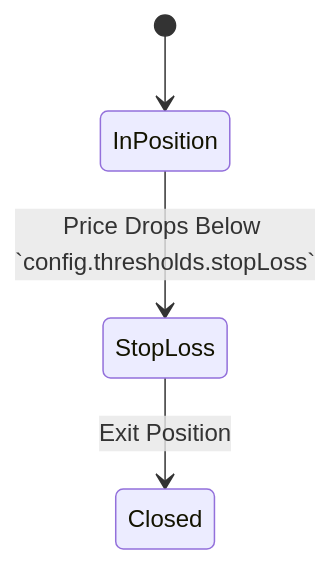
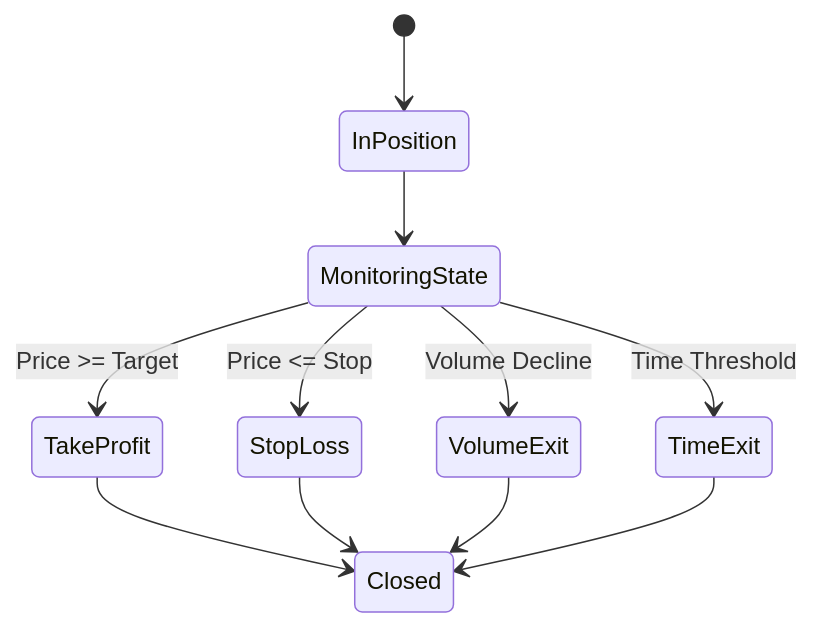
Before and after one commit to proofoftom/money-printer: the fourth of 9 diagrams in docs/diagrams/TradingScenarios.md, drawn with Mermaid. The commit also changed other lines of this file and 10 other files, not shown here.

````diff
--- a/docs/diagrams/TradingScenarios.md
+++ b/docs/diagrams/TradingScenarios.md
@@ -53,6 +58,13 @@
 ```mermaid
 stateDiagram-v2
     [*] --> InPosition
-    InPosition --> StopLoss: Price Drops Below `config.thresholds.stopLoss`
-    StopLoss --> Closed: Exit Position
+    InPosition --> MonitoringState
+    MonitoringState --> TakeProfit: Price >= Target
+    MonitoringState --> StopLoss: Price <= Stop
+    MonitoringState --> VolumeExit: Volume Decline
+    MonitoringState --> TimeExit: Time Threshold
+    TakeProfit --> Closed
+    StopLoss --> Closed
+    VolumeExit --> Closed
+    TimeExit --> Closed
 ```
````
